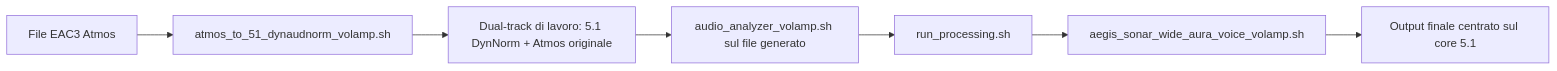
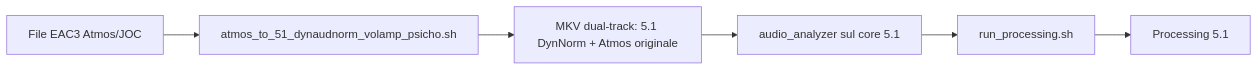
Before and after one commit to Damocle77/Sonar_AC3D: the fourth of 5 diagrams in README.md, drawn with Mermaid. The commit also changed other lines of this file, not shown here.

````diff
--- a/README.md
+++ b/README.md
@@ -279,9 +541,8 @@
 ```mermaid
 flowchart LR
-    A[File EAC3 Atmos] --> B[atmos_to_51_dynaudnorm_volamp.sh]
-    B --> C[Dual-track di lavoro: 5.1 DynNorm + Atmos originale]
-    C --> D[audio_analyzer_volamp.sh sul file generato]
+    A[File EAC3 Atmos/JOC] --> B[atmos_to_51_dynaudnorm_volamp_psicho.sh]
+    B --> C[MKV dual-track: 5.1 DynNorm + Atmos originale]
+    C --> D[audio_analyzer sul core 5.1]
     D --> E[run_processing.sh]
-    E --> F[aegis_sonar_wide_aura_voice_volamp.sh]
-    F --> G[Output finale centrato sul core 5.1]
+    E --> F[Processing 5.1]
 ```
````
